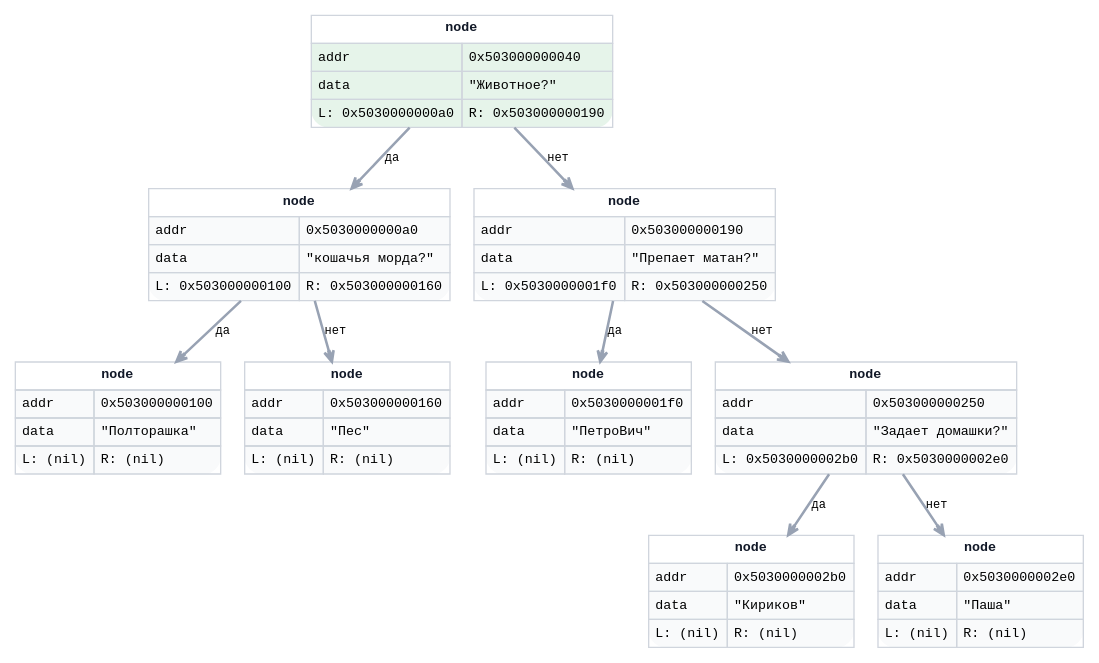
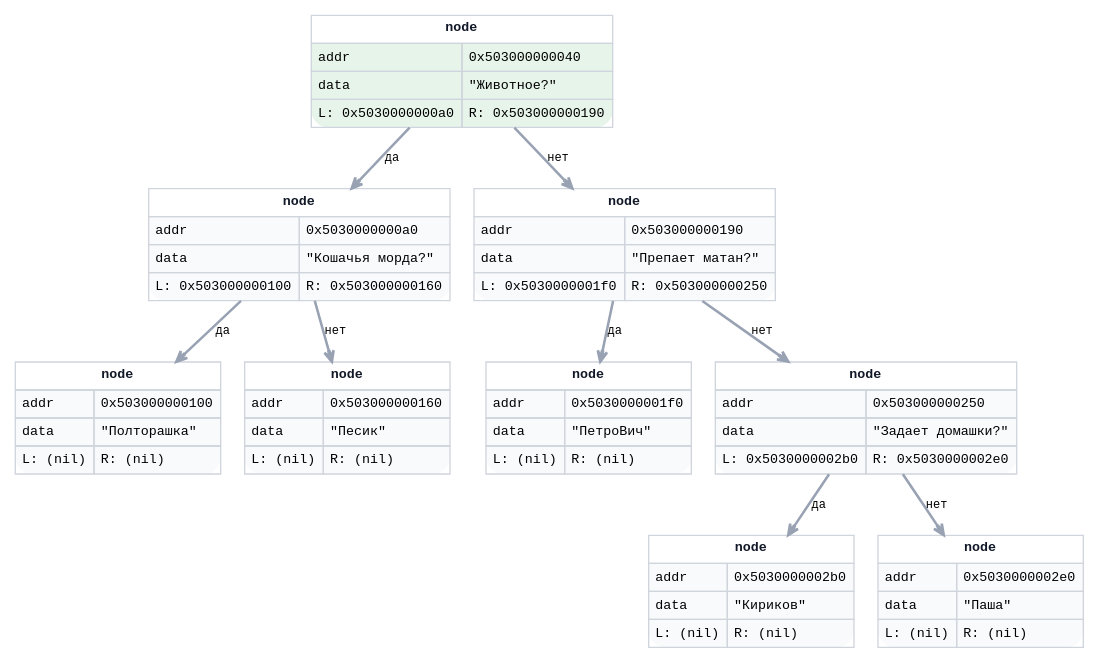
The diagram in temp/graph.dot (matlire/Akinator), drawn with Graphviz before and after one commit. The commit also changed 9 other files, not shown here.

```diff
--- a/temp/graph.dot
+++ b/temp/graph.dot
@@ -1,27 +1,27 @@
 digraph G {
 rankdir=TB;
 bgcolor="white";
 labelloc=t;
 labeljust=l;
 fontname="monospace";
 fontsize=18;
 node  [shape=box, style="rounded,filled", color="#475467", fillcolor="#F9FAFB", fontname="monospace", fontsize=10];
 edge  [color="#98A2B3", penwidth=1.7, arrowsize=0.8, arrowhead=vee, fontname="monospace", fontsize=9];
 n0 [shape=plain, color="#16A34A", fillcolor="#E6F4EA", penwidth=2.0, label=<<TABLE BORDER="0" CELLBORDER="1" CELLSPACING="0" CELLPADDING="4" COLOR="#D0D5DD"><TR><TD COLSPAN="2" BGCOLOR="#FFFFFF"><B><FONT COLOR="#111827">node</FONT></B></TD></TR><TR><TD ALIGN="LEFT">addr</TD><TD ALIGN="LEFT">0x503000000040</TD></TR><TR><TD ALIGN="LEFT">data</TD><TD ALIGN="LEFT">"Животное?"</TD></TR><TR><TD PORT="L" ALIGN="LEFT">L: 0x5030000000a0</TD><TD PORT="R" ALIGN="LEFT">R: 0x503000000190</TD></TR></TABLE>>];
-n1 [shape=plain, color="#475467", fillcolor="#F9FAFB", penwidth=2.0, label=<<TABLE BORDER="0" CELLBORDER="1" CELLSPACING="0" CELLPADDING="4" COLOR="#D0D5DD"><TR><TD COLSPAN="2" BGCOLOR="#FFFFFF"><B><FONT COLOR="#111827">node</FONT></B></TD></TR><TR><TD ALIGN="LEFT">addr</TD><TD ALIGN="LEFT">0x5030000000a0</TD></TR><TR><TD ALIGN="LEFT">data</TD><TD ALIGN="LEFT">"кошачья морда?"</TD></TR><TR><TD PORT="L" ALIGN="LEFT">L: 0x503000000100</TD><TD PORT="R" ALIGN="LEFT">R: 0x503000000160</TD></TR></TABLE>>];
+n1 [shape=plain, color="#475467", fillcolor="#F9FAFB", penwidth=2.0, label=<<TABLE BORDER="0" CELLBORDER="1" CELLSPACING="0" CELLPADDING="4" COLOR="#D0D5DD"><TR><TD COLSPAN="2" BGCOLOR="#FFFFFF"><B><FONT COLOR="#111827">node</FONT></B></TD></TR><TR><TD ALIGN="LEFT">addr</TD><TD ALIGN="LEFT">0x5030000000a0</TD></TR><TR><TD ALIGN="LEFT">data</TD><TD ALIGN="LEFT">"Кошачья морда?"</TD></TR><TR><TD PORT="L" ALIGN="LEFT">L: 0x503000000100</TD><TD PORT="R" ALIGN="LEFT">R: 0x503000000160</TD></TR></TABLE>>];
 n2 [shape=plain, color="#475467", fillcolor="#F9FAFB", penwidth=2.0, label=<<TABLE BORDER="0" CELLBORDER="1" CELLSPACING="0" CELLPADDING="4" COLOR="#D0D5DD"><TR><TD COLSPAN="2" BGCOLOR="#FFFFFF"><B><FONT COLOR="#111827">node</FONT></B></TD></TR><TR><TD ALIGN="LEFT">addr</TD><TD ALIGN="LEFT">0x503000000190</TD></TR><TR><TD ALIGN="LEFT">data</TD><TD ALIGN="LEFT">"Препает матан?"</TD></TR><TR><TD PORT="L" ALIGN="LEFT">L: 0x5030000001f0</TD><TD PORT="R" ALIGN="LEFT">R: 0x503000000250</TD></TR></TABLE>>];
 n3 [shape=plain, color="#475467", fillcolor="#F9FAFB", penwidth=2.0, label=<<TABLE BORDER="0" CELLBORDER="1" CELLSPACING="0" CELLPADDING="4" COLOR="#D0D5DD"><TR><TD COLSPAN="2" BGCOLOR="#FFFFFF"><B><FONT COLOR="#111827">node</FONT></B></TD></TR><TR><TD ALIGN="LEFT">addr</TD><TD ALIGN="LEFT">0x503000000100</TD></TR><TR><TD ALIGN="LEFT">data</TD><TD ALIGN="LEFT">"Полторашка"</TD></TR><TR><TD PORT="L" ALIGN="LEFT">L: (nil)</TD><TD PORT="R" ALIGN="LEFT">R: (nil)</TD></TR></TABLE>>];
-n4 [shape=plain, color="#475467", fillcolor="#F9FAFB", penwidth=2.0, label=<<TABLE BORDER="0" CELLBORDER="1" CELLSPACING="0" CELLPADDING="4" COLOR="#D0D5DD"><TR><TD COLSPAN="2" BGCOLOR="#FFFFFF"><B><FONT COLOR="#111827">node</FONT></B></TD></TR><TR><TD ALIGN="LEFT">addr</TD><TD ALIGN="LEFT">0x503000000160</TD></TR><TR><TD ALIGN="LEFT">data</TD><TD ALIGN="LEFT">"Пес"</TD></TR><TR><TD PORT="L" ALIGN="LEFT">L: (nil)</TD><TD PORT="R" ALIGN="LEFT">R: (nil)</TD></TR></TABLE>>];
+n4 [shape=plain, color="#475467", fillcolor="#F9FAFB", penwidth=2.0, label=<<TABLE BORDER="0" CELLBORDER="1" CELLSPACING="0" CELLPADDING="4" COLOR="#D0D5DD"><TR><TD COLSPAN="2" BGCOLOR="#FFFFFF"><B><FONT COLOR="#111827">node</FONT></B></TD></TR><TR><TD ALIGN="LEFT">addr</TD><TD ALIGN="LEFT">0x503000000160</TD></TR><TR><TD ALIGN="LEFT">data</TD><TD ALIGN="LEFT">"Песик"</TD></TR><TR><TD PORT="L" ALIGN="LEFT">L: (nil)</TD><TD PORT="R" ALIGN="LEFT">R: (nil)</TD></TR></TABLE>>];
 n5 [shape=plain, color="#475467", fillcolor="#F9FAFB", penwidth=2.0, label=<<TABLE BORDER="0" CELLBORDER="1" CELLSPACING="0" CELLPADDING="4" COLOR="#D0D5DD"><TR><TD COLSPAN="2" BGCOLOR="#FFFFFF"><B><FONT COLOR="#111827">node</FONT></B></TD></TR><TR><TD ALIGN="LEFT">addr</TD><TD ALIGN="LEFT">0x5030000001f0</TD></TR><TR><TD ALIGN="LEFT">data</TD><TD ALIGN="LEFT">"ПетроВич"</TD></TR><TR><TD PORT="L" ALIGN="LEFT">L: (nil)</TD><TD PORT="R" ALIGN="LEFT">R: (nil)</TD></TR></TABLE>>];
 n6 [shape=plain, color="#475467", fillcolor="#F9FAFB", penwidth=2.0, label=<<TABLE BORDER="0" CELLBORDER="1" CELLSPACING="0" CELLPADDING="4" COLOR="#D0D5DD"><TR><TD COLSPAN="2" BGCOLOR="#FFFFFF"><B><FONT COLOR="#111827">node</FONT></B></TD></TR><TR><TD ALIGN="LEFT">addr</TD><TD ALIGN="LEFT">0x503000000250</TD></TR><TR><TD ALIGN="LEFT">data</TD><TD ALIGN="LEFT">"Задает домашки?"</TD></TR><TR><TD PORT="L" ALIGN="LEFT">L: 0x5030000002b0</TD><TD PORT="R" ALIGN="LEFT">R: 0x5030000002e0</TD></TR></TABLE>>];
 n7 [shape=plain, color="#475467", fillcolor="#F9FAFB", penwidth=2.0, label=<<TABLE BORDER="0" CELLBORDER="1" CELLSPACING="0" CELLPADDING="4" COLOR="#D0D5DD"><TR><TD COLSPAN="2" BGCOLOR="#FFFFFF"><B><FONT COLOR="#111827">node</FONT></B></TD></TR><TR><TD ALIGN="LEFT">addr</TD><TD ALIGN="LEFT">0x5030000002b0</TD></TR><TR><TD ALIGN="LEFT">data</TD><TD ALIGN="LEFT">"Кириков"</TD></TR><TR><TD PORT="L" ALIGN="LEFT">L: (nil)</TD><TD PORT="R" ALIGN="LEFT">R: (nil)</TD></TR></TABLE>>];
 n8 [shape=plain, color="#475467", fillcolor="#F9FAFB", penwidth=2.0, label=<<TABLE BORDER="0" CELLBORDER="1" CELLSPACING="0" CELLPADDING="4" COLOR="#D0D5DD"><TR><TD COLSPAN="2" BGCOLOR="#FFFFFF"><B><FONT COLOR="#111827">node</FONT></B></TD></TR><TR><TD ALIGN="LEFT">addr</TD><TD ALIGN="LEFT">0x5030000002e0</TD></TR><TR><TD ALIGN="LEFT">data</TD><TD ALIGN="LEFT">"Паша"</TD></TR><TR><TD PORT="L" ALIGN="LEFT">L: (nil)</TD><TD PORT="R" ALIGN="LEFT">R: (nil)</TD></TR></TABLE>>];
 n0 -> n1 [color="#98A2B3", penwidth=1.9, label="да"];
 n0 -> n2 [color="#98A2B3", penwidth=1.9, label="нет"];
 n1 -> n3 [color="#98A2B3", penwidth=1.9, label="да"];
 n1 -> n4 [color="#98A2B3", penwidth=1.9, label="нет"];
 n2 -> n5 [color="#98A2B3", penwidth=1.9, label="да"];
 n2 -> n6 [color="#98A2B3", penwidth=1.9, label="нет"];
 n6 -> n7 [color="#98A2B3", penwidth=1.9, label="да"];
 n6 -> n8 [color="#98A2B3", penwidth=1.9, label="нет"];
 }
```
